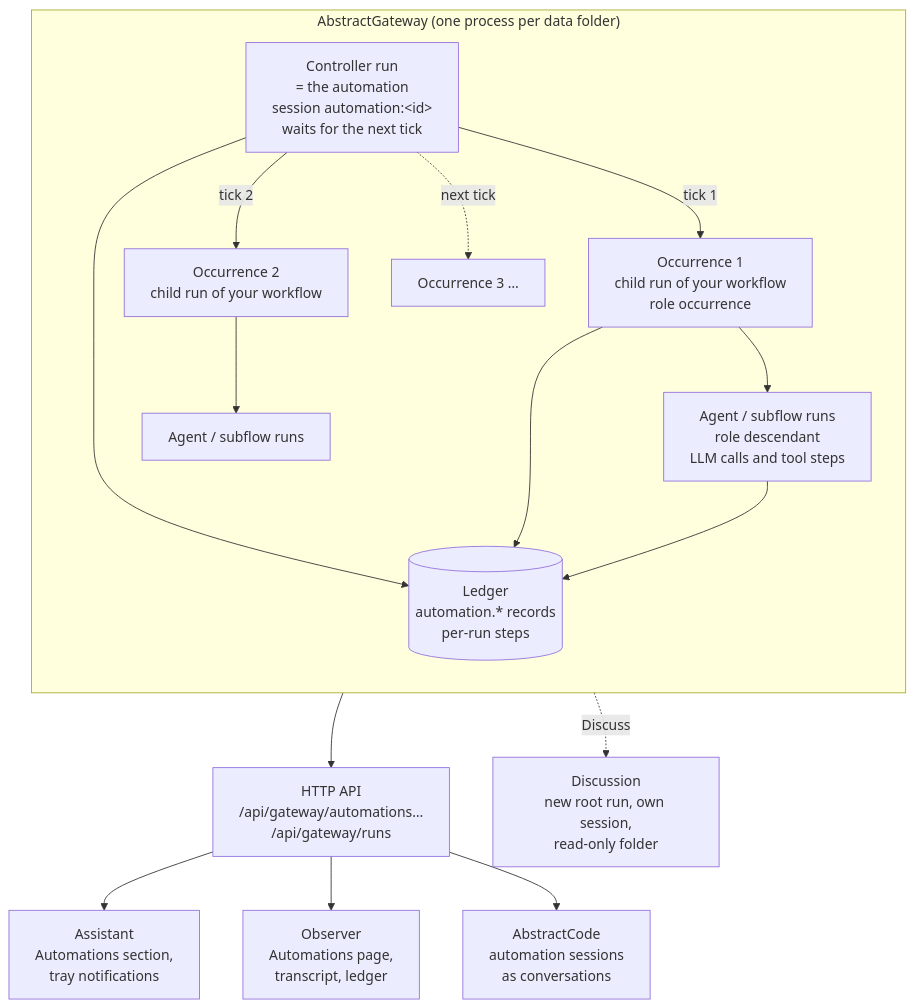
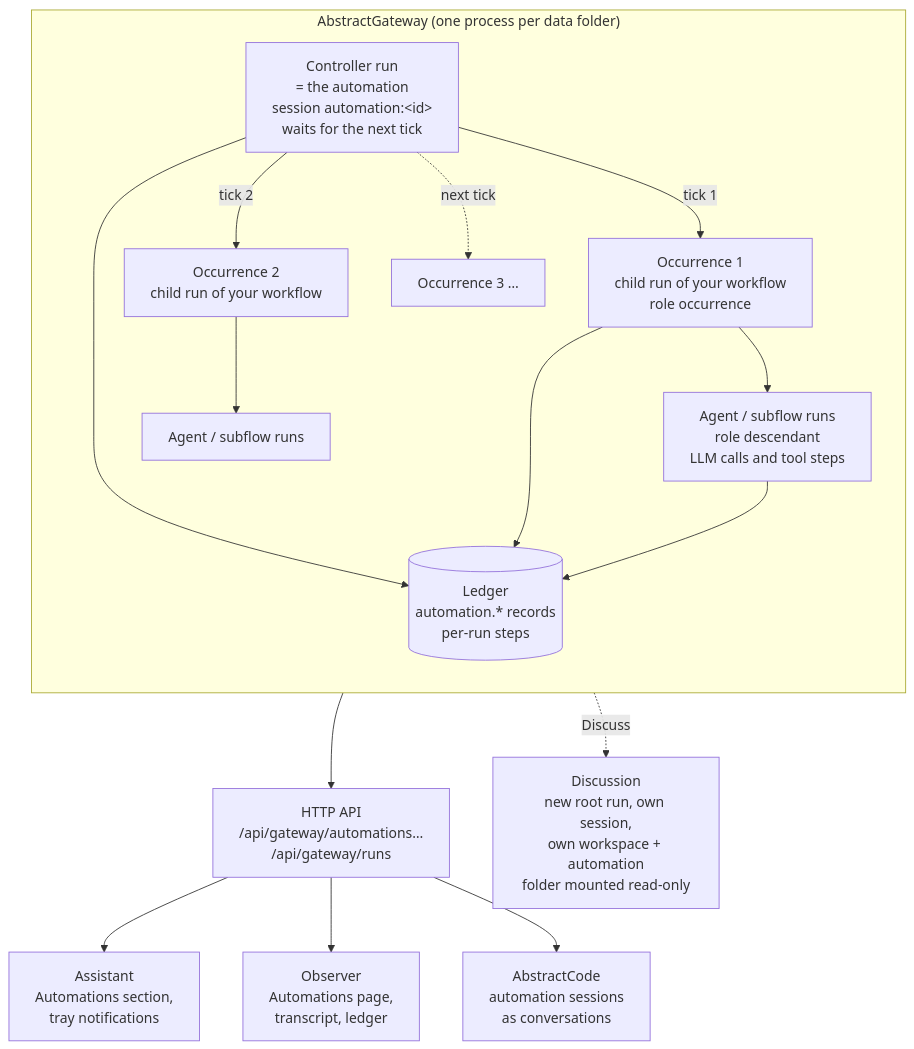
Before and after one commit to lpalbou/AbstractFramework: the diagram in docs/automations.md, drawn with Mermaid. The commit also changed other lines of this file and 16 other files, not shown here.

````diff
--- a/docs/automations.md
+++ b/docs/automations.md
@@ -73,31 +79,31 @@
 ```mermaid
 flowchart TB
   subgraph Gateway["AbstractGateway (one process per data folder)"]
     direction TB
     C["Controller run<br/>= the automation<br/>session automation:&lt;id&gt;<br/>waits for the next tick"]
     O1["Occurrence 1<br/>child run of your workflow<br/>role occurrence"]
     O2["Occurrence 2<br/>child run of your workflow"]
     O3["Occurrence 3 …"]
     S1["Agent / subflow runs<br/>role descendant<br/>LLM calls and tool steps"]
     S2["Agent / subflow runs"]
     L[("Ledger<br/>automation.* records<br/>per-run steps")]
     C -- "tick 1" --> O1
     C -- "tick 2" --> O2
     C -. "next tick" .-> O3
     O1 --> S1
     O2 --> S2
     C --> L
     O1 --> L
     S1 --> L
   end
   API["HTTP API<br/>/api/gateway/automations…<br/>/api/gateway/runs"]
   Gateway --> API
   AS["Assistant<br/>Automations section,<br/>tray notifications"]
   OB["Observer<br/>Automations page,<br/>transcript, ledger"]
   AC["AbstractCode<br/>automation sessions<br/>as conversations"]
   API --> AS
   API --> OB
   API --> AC
-  D["Discussion<br/>new root run, own session,<br/>read-only folder"]
+  D["Discussion<br/>new root run, own session,<br/>own workspace + automation<br/>folder mounted read-only"]
   O2 -. "Discuss" .-> D
 ```
````
